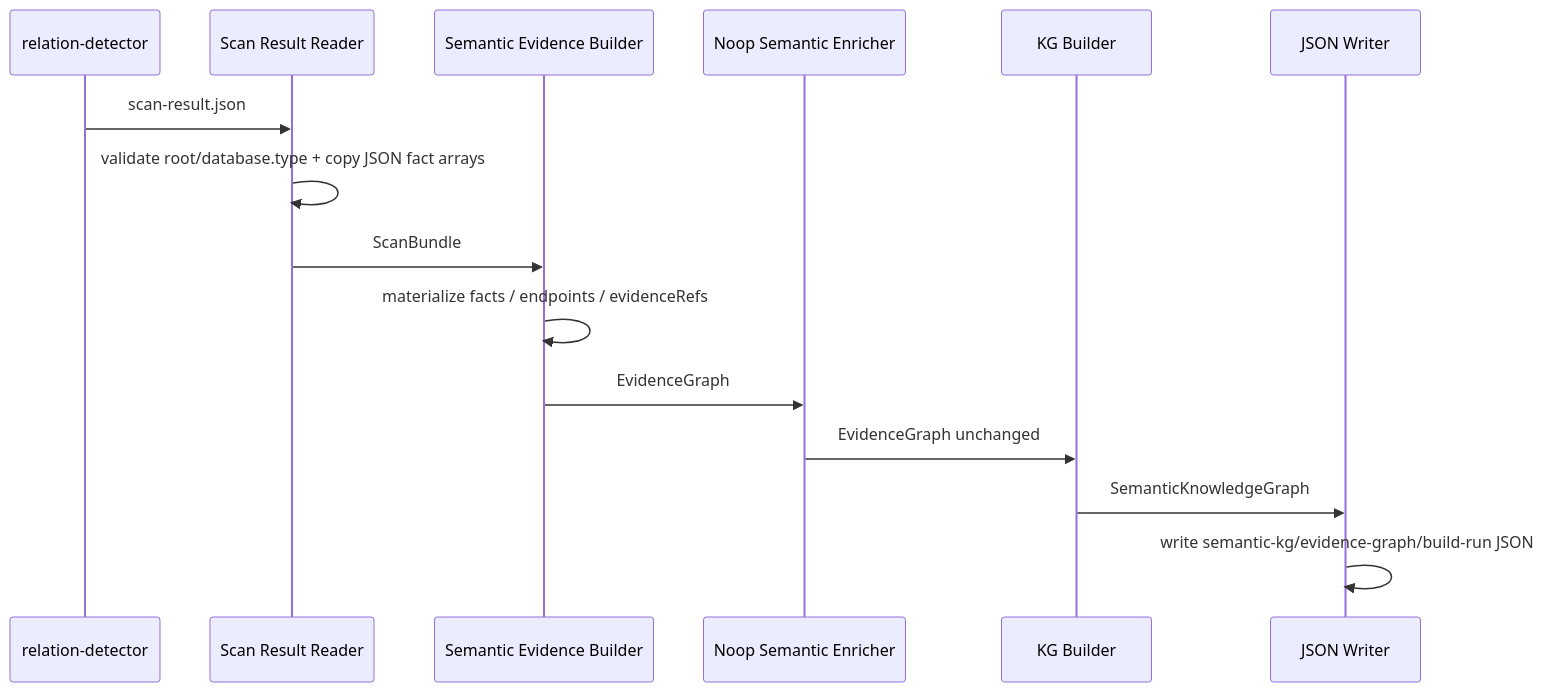
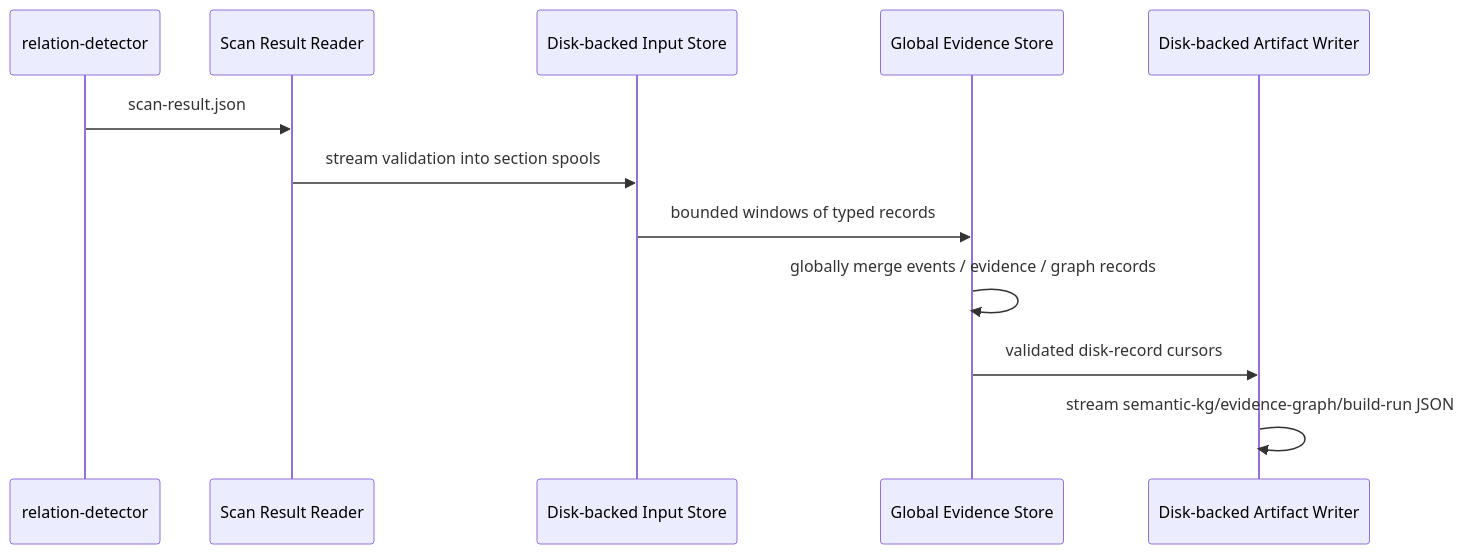
Before and after one commit to xiaoguang/relation-detector: the second of 6 diagrams in docs/design/semantic-layer/end-to-end-examples.md, drawn with Mermaid. The commit also changed other lines of this file and 141 other files, not shown here.

````diff
--- a/docs/design/semantic-layer/end-to-end-examples.md
+++ b/docs/design/semantic-layer/end-to-end-examples.md
@@ -235,18 +227,15 @@
 ```mermaid
 sequenceDiagram
     participant RD as relation-detector
     participant SR as Scan Result Reader
-    participant EB as Semantic Evidence Builder
-    participant NOOP as Noop Semantic Enricher
-    participant KG as KG Builder
-    participant JW as JSON Writer
+    participant IS as Disk-backed Input Store
+    participant ES as Global Evidence Store
+    participant JW as Disk-backed Artifact Writer
 
     RD->>SR: scan-result.json
-    SR->>SR: validate root/database.type + copy JSON fact arrays
-    SR->>EB: ScanBundle
-    EB->>EB: materialize facts / endpoints / evidenceRefs
-    EB->>NOOP: EvidenceGraph
-    NOOP->>KG: EvidenceGraph unchanged
-    KG->>JW: SemanticKnowledgeGraph
-    JW->>JW: write semantic-kg/evidence-graph/build-run JSON
+    SR->>IS: stream validation into section spools
+    IS->>ES: bounded windows of typed records
+    ES->>ES: globally merge events / evidence / graph records
+    ES->>JW: validated disk-record cursors
+    JW->>JW: stream semantic-kg/evidence-graph/build-run JSON
 ```
````
